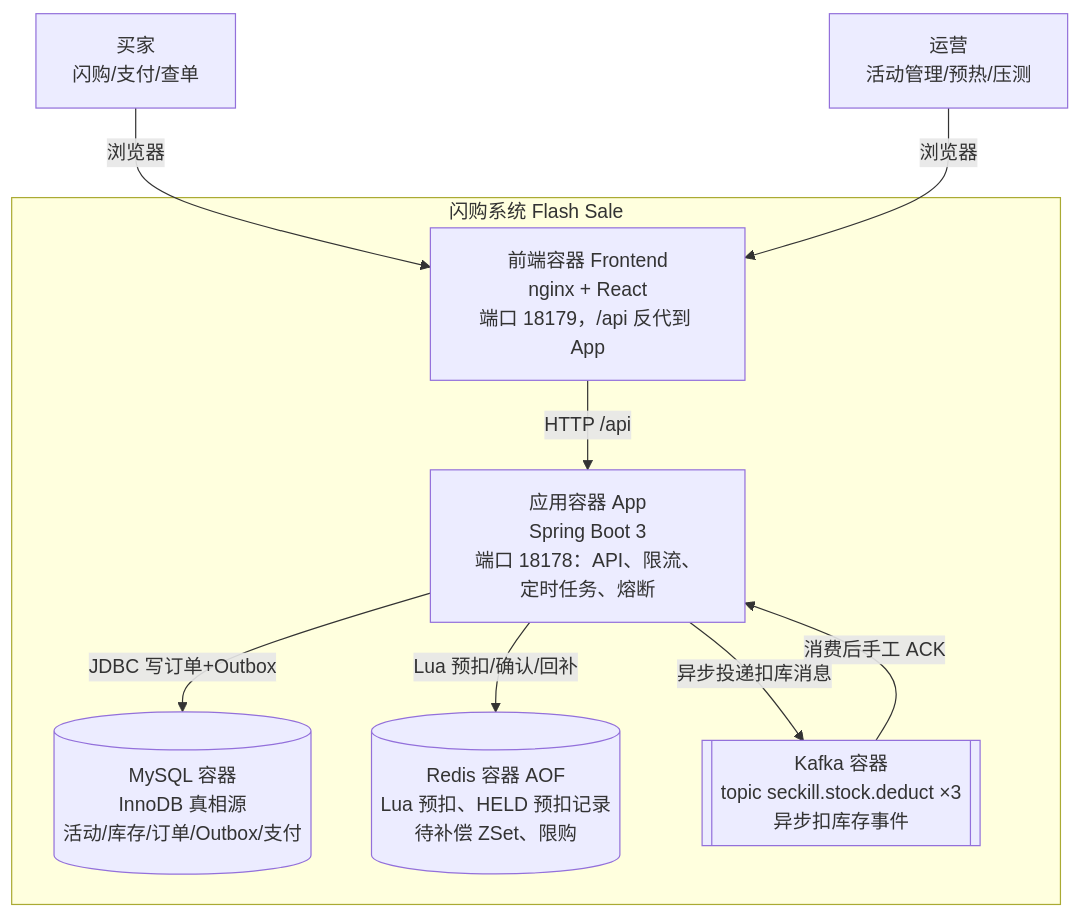
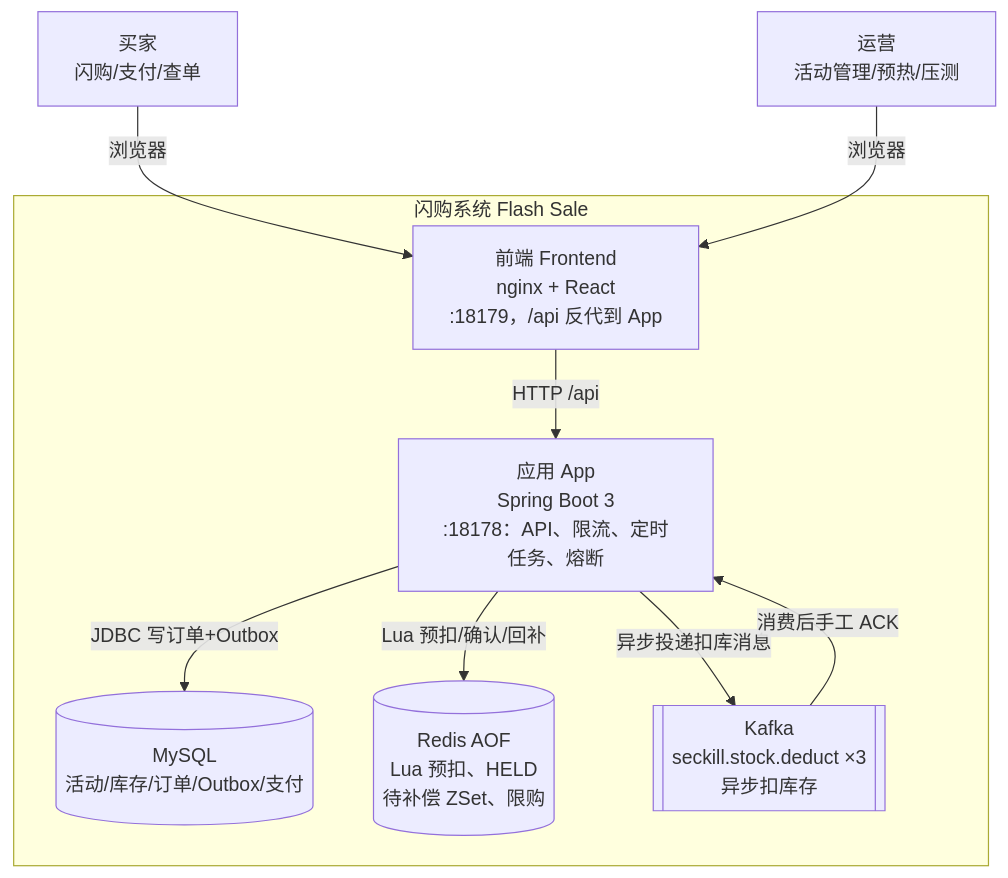
The first of 5 diagrams in README.md (wegod/presence), drawn with Mermaid before and after one commit. The commit also changed other lines of this file, not shown here.

Commit message:
Annotate compensation jobs on the core seckill sequence.

````diff
--- a/README.md
+++ b/README.md
@@ -15,19 +15,19 @@
 ```mermaid
 flowchart TB
   buyer["买家<br/>闪购/支付/查单"]
   ops["运营<br/>活动管理/预热/压测"]
   subgraph FlashSale["闪购系统 Flash Sale"]
-    FE["前端容器 Frontend<br/>nginx + React<br/>端口 18179，/api 反代到 App"]
-    App["应用容器 App<br/>Spring Boot 3<br/>端口 18178：API、限流、定时任务、熔断"]
-    MySQL[("MySQL 容器<br/>InnoDB 真相源<br/>活动/库存/订单/Outbox/支付")]
-    Redis[("Redis 容器 AOF<br/>Lua 预扣、HELD 预扣记录<br/>待补偿 ZSet、限购")]
-    Kafka[["Kafka 容器<br/>topic seckill.stock.deduct ×3<br/>异步扣库存事件"]]
+    FE["前端 Frontend<br/>nginx + React<br/>:18179，/api 反代到 App"]
+    App["应用 App<br/>Spring Boot 3<br/>:18178：API、限流、定时任务、熔断"]
+    MySQL[("MySQL<br/>活动/库存/订单/Outbox/支付")]
+    Redis[("Redis AOF<br/>Lua 预扣、HELD<br/>待补偿 ZSet、限购")]
+    Kafka[["Kafka<br/>seckill.stock.deduct ×3<br/>异步扣库存"]]
   end
   buyer -->|"浏览器"| FE
   ops -->|"浏览器"| FE
   FE -->|"HTTP /api"| App
   App -->|"Lua 预扣/确认/回补"| Redis
   App -->|"JDBC 写订单+Outbox"| MySQL
   App -->|"异步投递扣库消息"| Kafka
   Kafka -->|"消费后手工 ACK"| App
 ```
````
